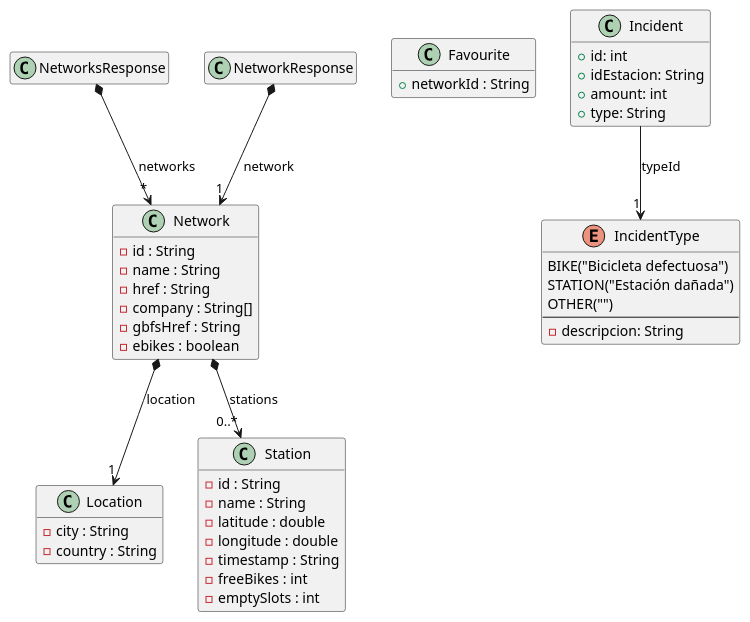
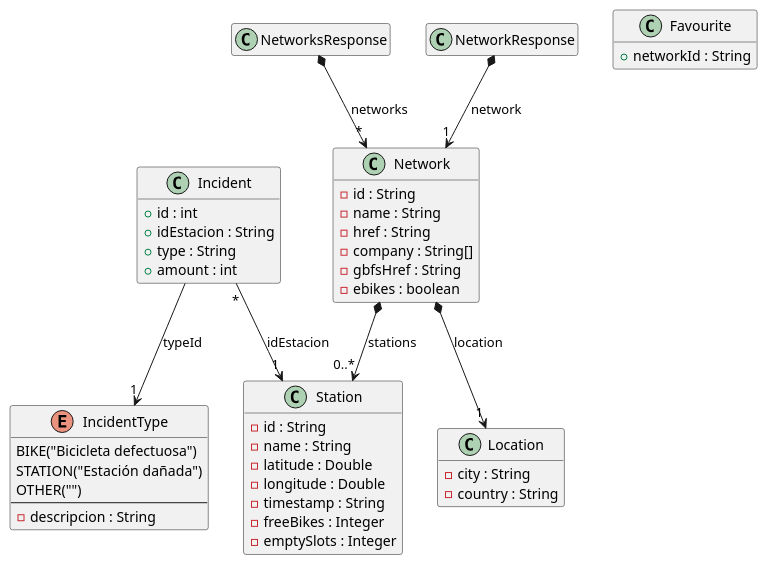
One commit to isunican/App-Bicis-Grupo1 changed the diagram in Docs/Models/domain.puml. Above: the diagram before and after it, drawn with PlantUML.

Commit message:
Modificado modelo de dominio

```diff
--- a/Docs/Models/domain.puml
+++ b/Docs/Models/domain.puml
@@ -1,63 +1,64 @@
 @startuml
 
 hide empty members
 
 class Network {
     - id : String
     - name : String
     - href : String
     - company : String[]
     - gbfsHref : String
     - ebikes : boolean
 }
 
 class Location {
     - city : String
     - country : String
 }
 
 class Favourite {
     + networkId : String
 }
 
 class NetworksResponse {
 
 }
 
 class NetworkResponse {
     
 }
 
 class Station {
     - id : String
     - name : String
-    - latitude : double
-    - longitude : double
+    - latitude : Double
+    - longitude : Double
     - timestamp : String
-    - freeBikes : int
-    - emptySlots : int
+    - freeBikes : Integer
+    - emptySlots : Integer
 }
 
 class Incident {
-    + id: int
-    + idEstacion: String
-    + amount: int
-    + type: String
+    + id : int
+    + idEstacion : String
+    + type : String
+    + amount : int
 }
 
 enum IncidentType {
     BIKE("Bicicleta defectuosa")
     STATION("Estación dañada")
     OTHER("")
     --
-    - descripcion: String
+    - descripcion : String
 }
 
 Network *--> "1" Location : location
 Network *--> "0..*" Station : stations
 NetworksResponse *--> "*" Network : networks
 NetworkResponse *--> "1" Network : network
 
 Incident --> "1" IncidentType : typeId
+Incident "*" --> "1" Station : idEstacion
 
 @enduml
```
